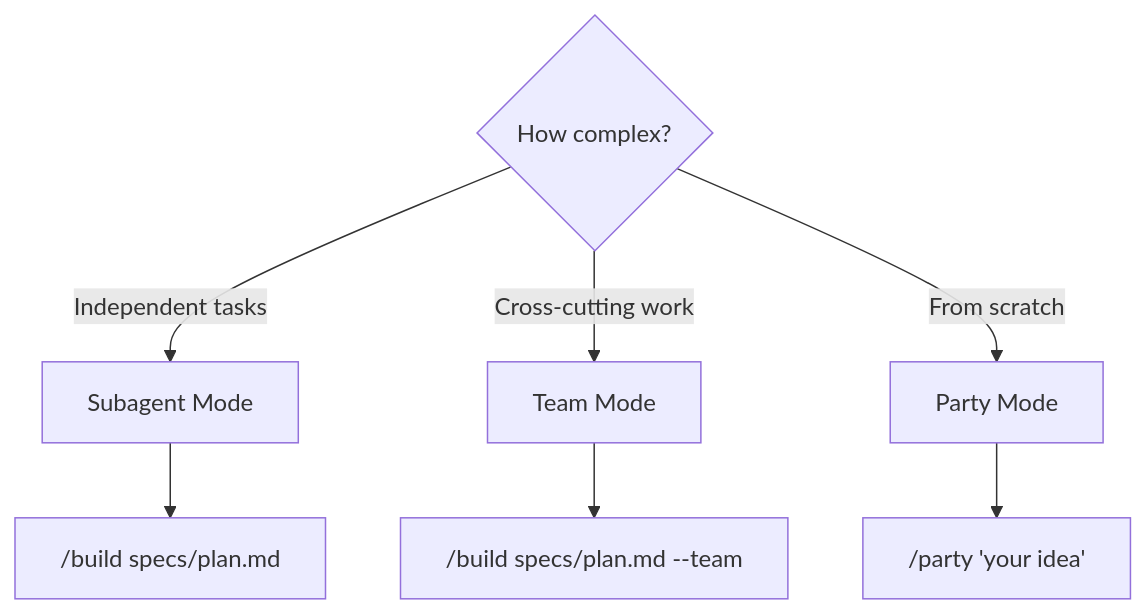
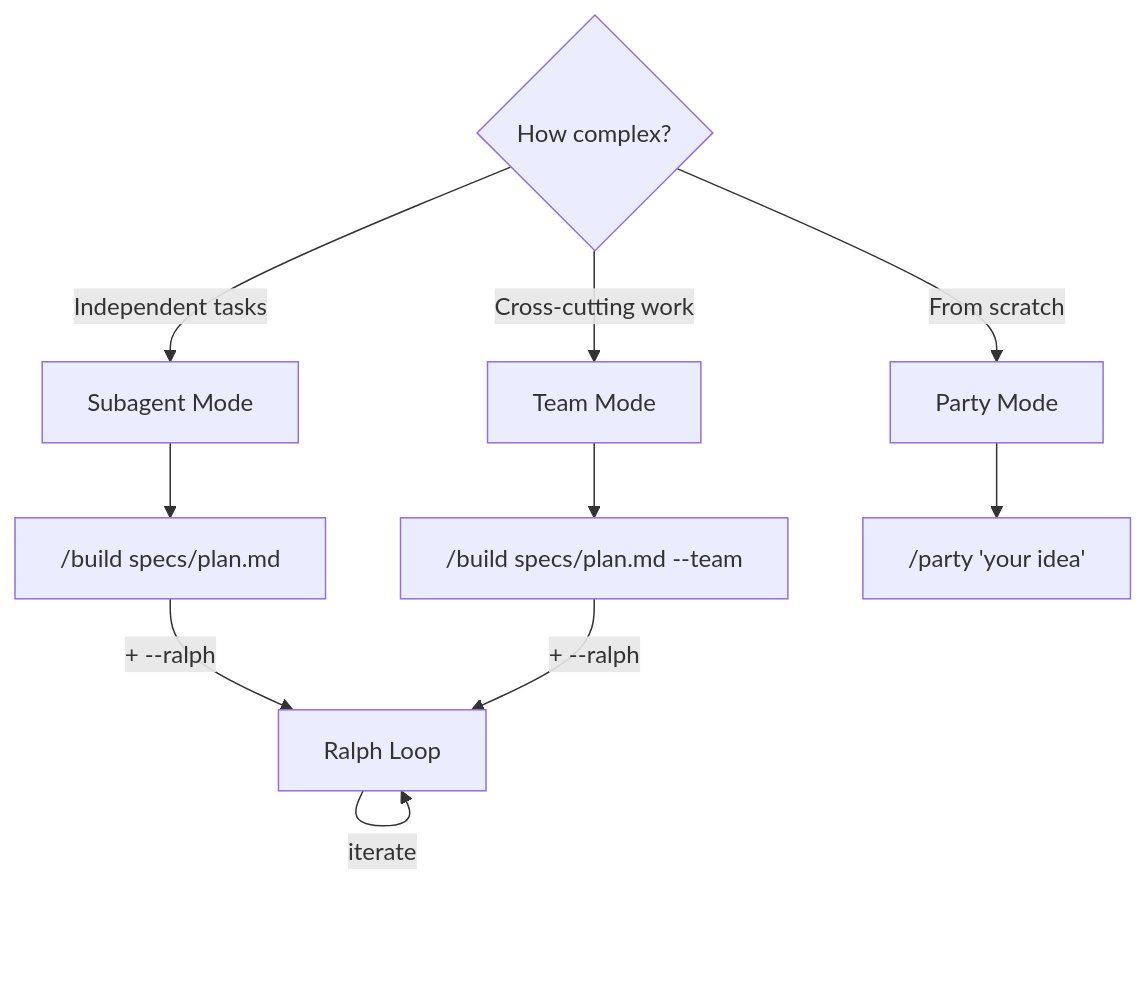
One commit to rebekz/tactical-engineering-plugin changed the second of 3 diagrams in README.md. Above: the diagram before and after it, drawn with Mermaid. The commit also changed other lines of this file and 35 other files, not shown here.

````diff
--- a/README.md
+++ b/README.md
@@ -93,10 +98,14 @@
 ```mermaid
 graph TD
     A{How complex?} -->|Independent tasks| B[Subagent Mode]
     A -->|Cross-cutting work| C[Team Mode]
     A -->|From scratch| D[Party Mode]
 
     B --> B1["/build specs/plan.md"]
     C --> C1["/build specs/plan.md --team"]
     D --> D1["/party 'your idea'"]
+
+    B1 -->|+ --ralph| R[Ralph Loop]
+    C1 -->|+ --ralph| R
+    R -->|iterate| R
 ```
````
